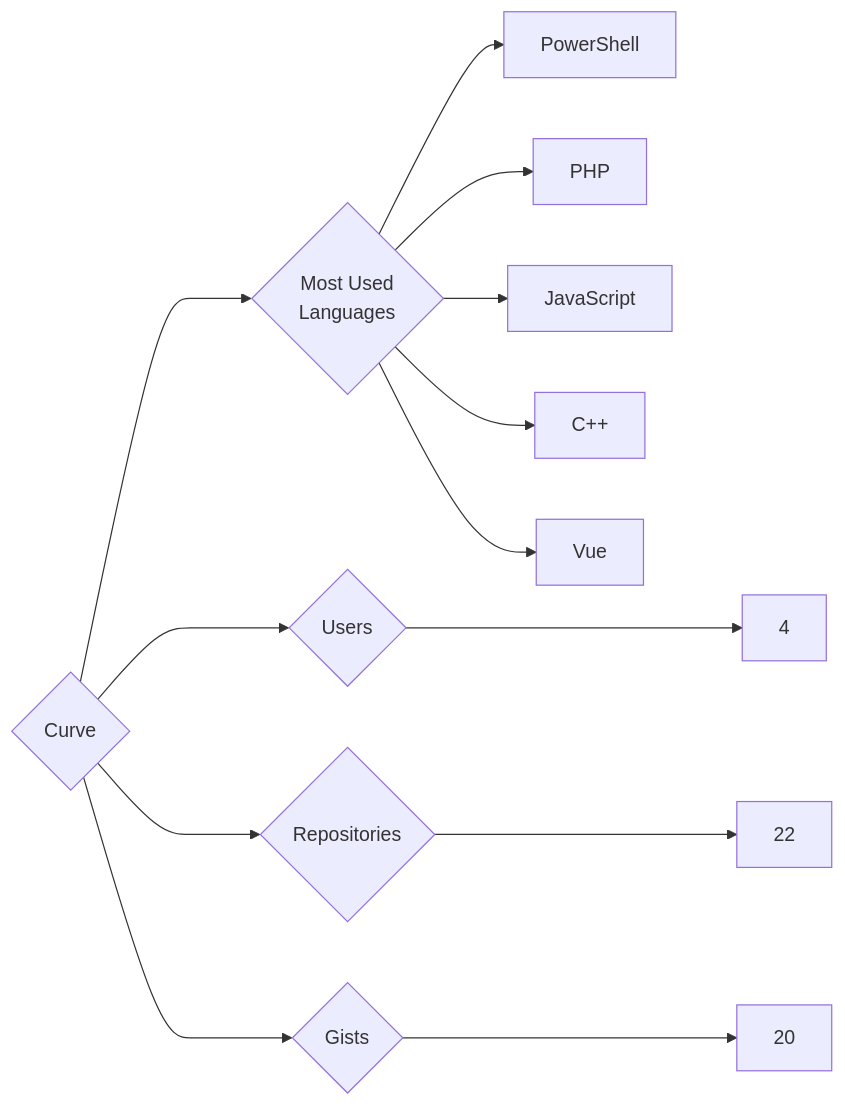
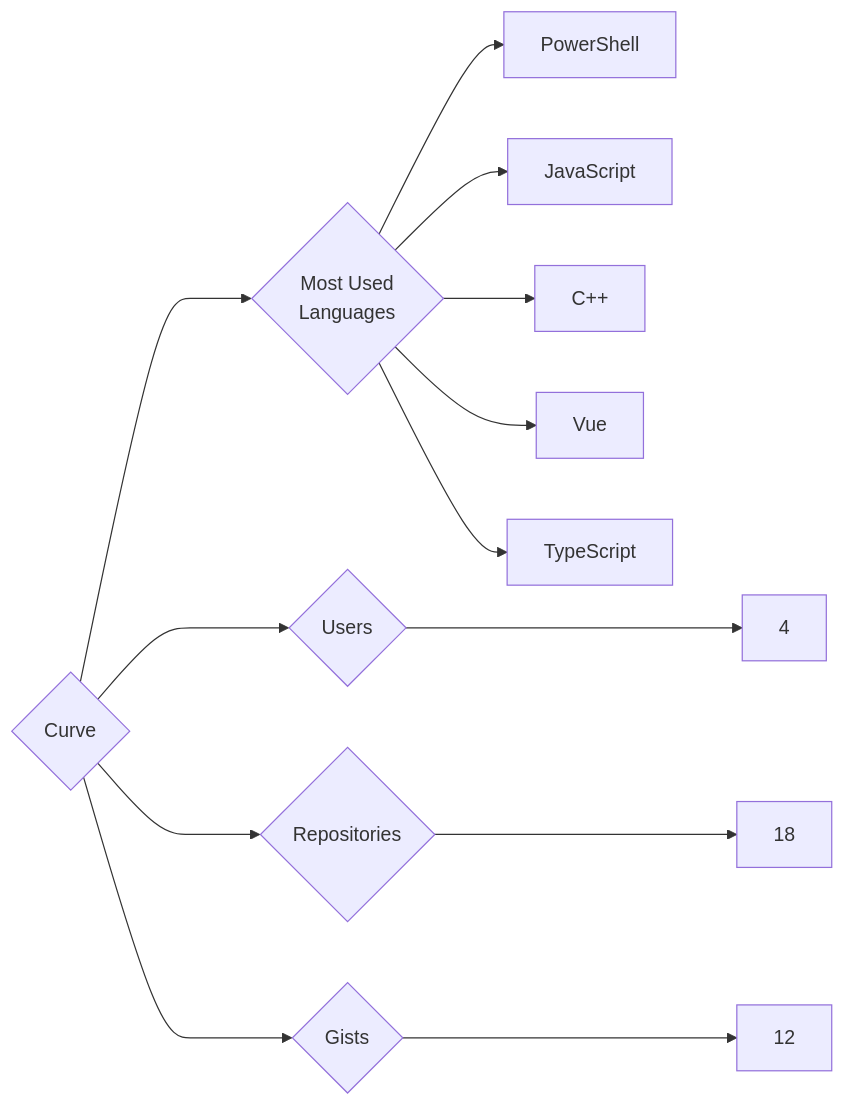
The diagram in targets/Curve/README.md (trickest/insiders), drawn with Mermaid before and after one commit. The commit also changed 934 other files, not shown here.

````diff
--- a/targets/Curve/README.md
+++ b/targets/Curve/README.md
@@ -3,13 +3,13 @@
 ```mermaid
 graph LR
 COMPANY_NAME{Curve}
 COMPANY_NAME ---> U{Users} ---> UN[4]
-COMPANY_NAME ---> R{Repositories} ---> RN[22]
-COMPANY_NAME ---> G{Gists} ---> GN[20]
+COMPANY_NAME ---> R{Repositories} ---> RN[18]
+COMPANY_NAME ---> G{Gists} ---> GN[12]
 COMPANY_NAME ---> ML{Most Used<br>Languages}
 ML --> PowerShell[PowerShell]
-ML --> PHP[PHP]
 ML --> JavaScript[JavaScript]
 ML --> C++[C++]
 ML --> Vue[Vue]
+ML --> TypeScript[TypeScript]
 ```
````
